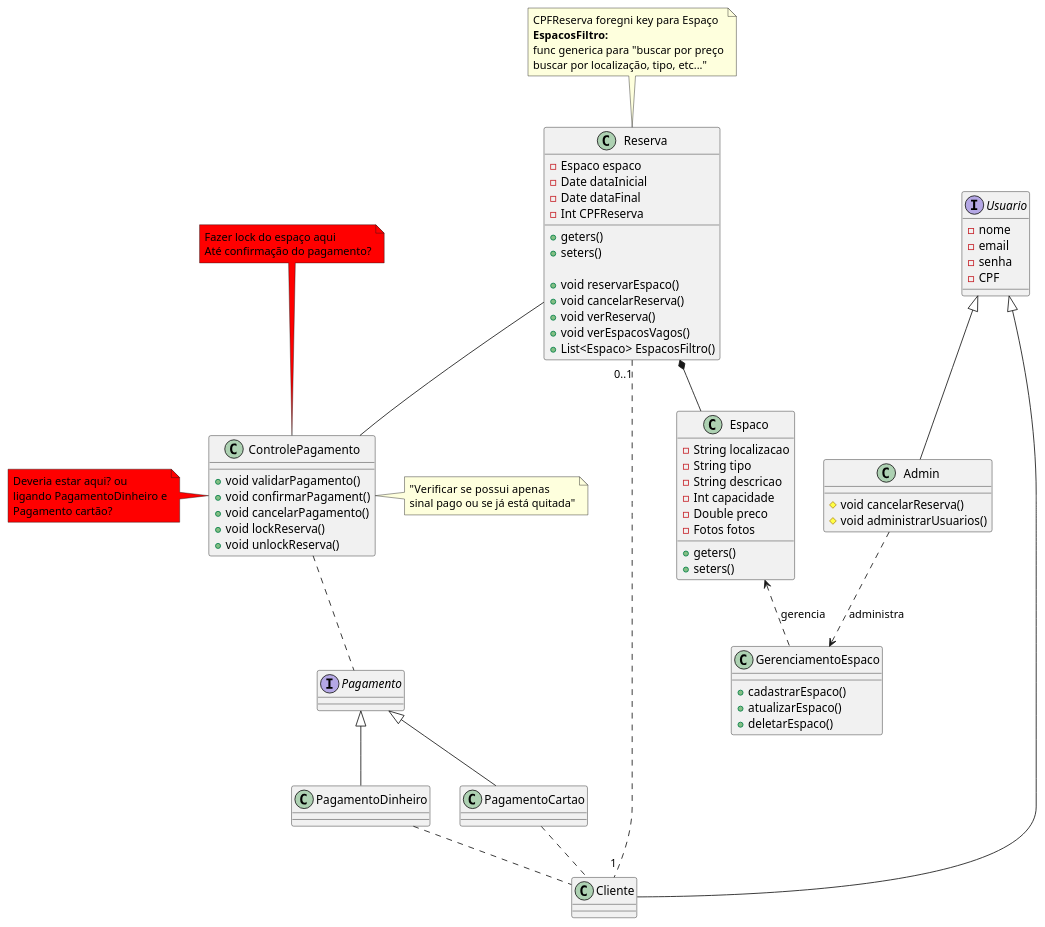
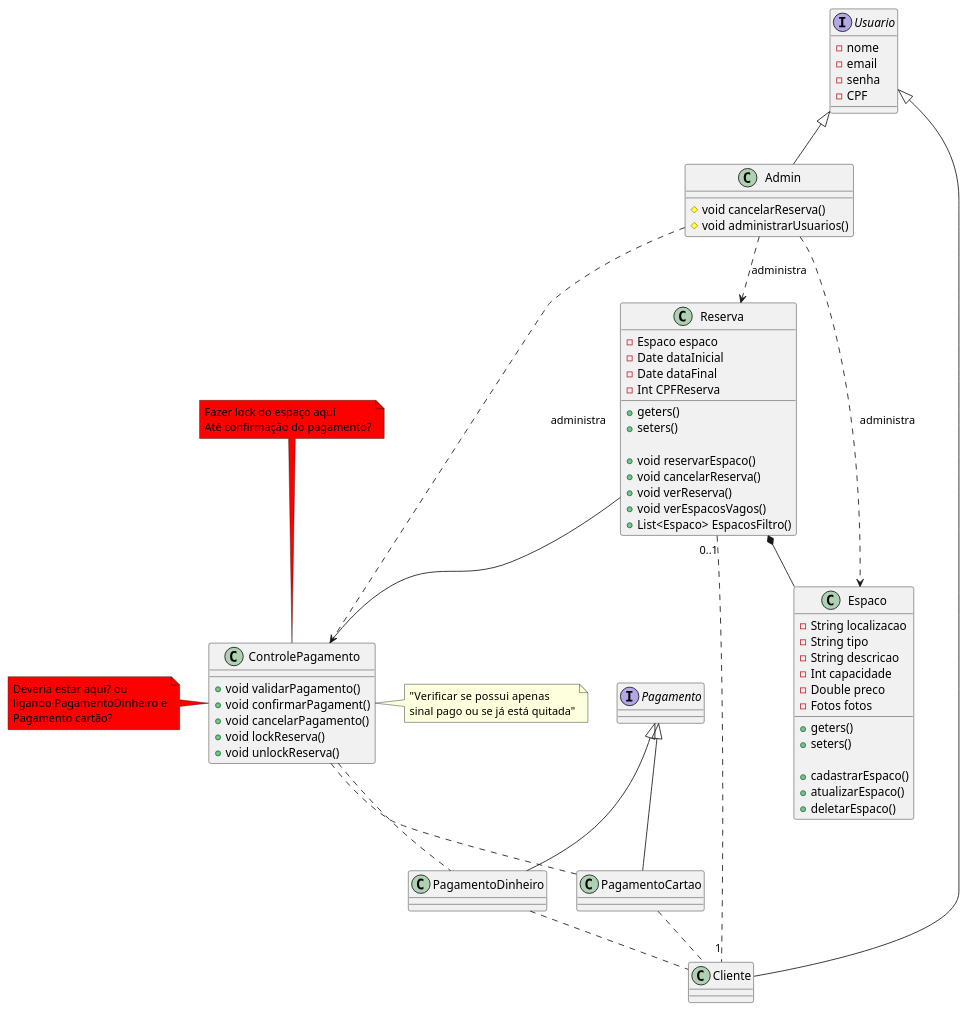
The diagram in UML/diagrama-de-classe.pu (papatrock/trabalho-design), drawn with PlantUML before and after one commit. The commit also changed 1 other file, not shown here.

Commit message:
uml componente, inicio

```diff
--- a/UML/diagrama-de-classe.pu
+++ b/UML/diagrama-de-classe.pu
@@ -1,110 +1,104 @@
 @startuml diagrama-de-classe
 
 class Espaco {
     - String localizacao
     - String tipo
     - String descricao
     - Int capacidade
     - Double preco
     - Fotos fotos
 
     + geters()
     + seters()
-}
 
-class GerenciamentoEspaco {
     + cadastrarEspaco()
     + atualizarEspaco()
     + deletarEspaco()
 }
 
 class Reserva {
     - Espaco espaco
     - Date dataInicial
     - Date dataFinal
     - Int CPFReserva
 
     + geters()
     + seters()
 
     + void reservarEspaco()
     + void cancelarReserva()
     + void verReserva()
     + void verEspacosVagos()
     + List<Espaco> EspacosFiltro()
 }
-note top of Reserva
-    CPFReserva foregni key para Espaço
-    <b>EspacosFiltro:
-    func generica para "buscar por preço
-    buscar por localização, tipo, etc..."
-end note
 
 interface Pagamento {
 
 }
 
 class PagamentoCartao extends Pagamento{
 
 }
 
 class PagamentoDinheiro extends Pagamento{
 
 }
 
 class ControlePagamento {
     + void validarPagamento()
     + void confirmarPagament()
     + void cancelarPagamento()
     + void lockReserva()
     + void unlockReserva()
 }
 
 note right of ControlePagamento
     "Verificar se  possui apenas
     sinal pago ou se já está quitada"
 end note
 
 note left of ControlePagamento #Red
     Deveria estar aqui? ou
     ligando PagamentoDinheiro e
     Pagamento cartão?
 end note
 
 note top of ControlePagamento #Red
     Fazer lock do espaço aqui
     Até confirmação do pagamento?
 end note
 
 interface Usuario {
     - nome
     - email
     - senha
     - CPF
 }
 
 class Cliente extends Usuario{
 
 }
 
 class Admin extends Usuario{
     # void cancelarReserva()
     # void administrarUsuarios()
 }
 
 
 
 
 Reserva *-- Espaco
 Reserva -- ControlePagamento
 PagamentoDinheiro .. Cliente
 PagamentoCartao .. Cliente
 
-ControlePagamento .. Pagamento
+ControlePagamento .. PagamentoDinheiro
+ControlePagamento .. PagamentoCartao
 
-Espaco <.. GerenciamentoEspaco :gerencia
-Admin ..> GerenciamentoEspaco :administra
+Admin ..> Espaco :administra
+Admin ..> Reserva :administra
+Admin ..> ControlePagamento :administra
 
 
 Reserva "0..1".."1" Cliente
 @enduml
```
